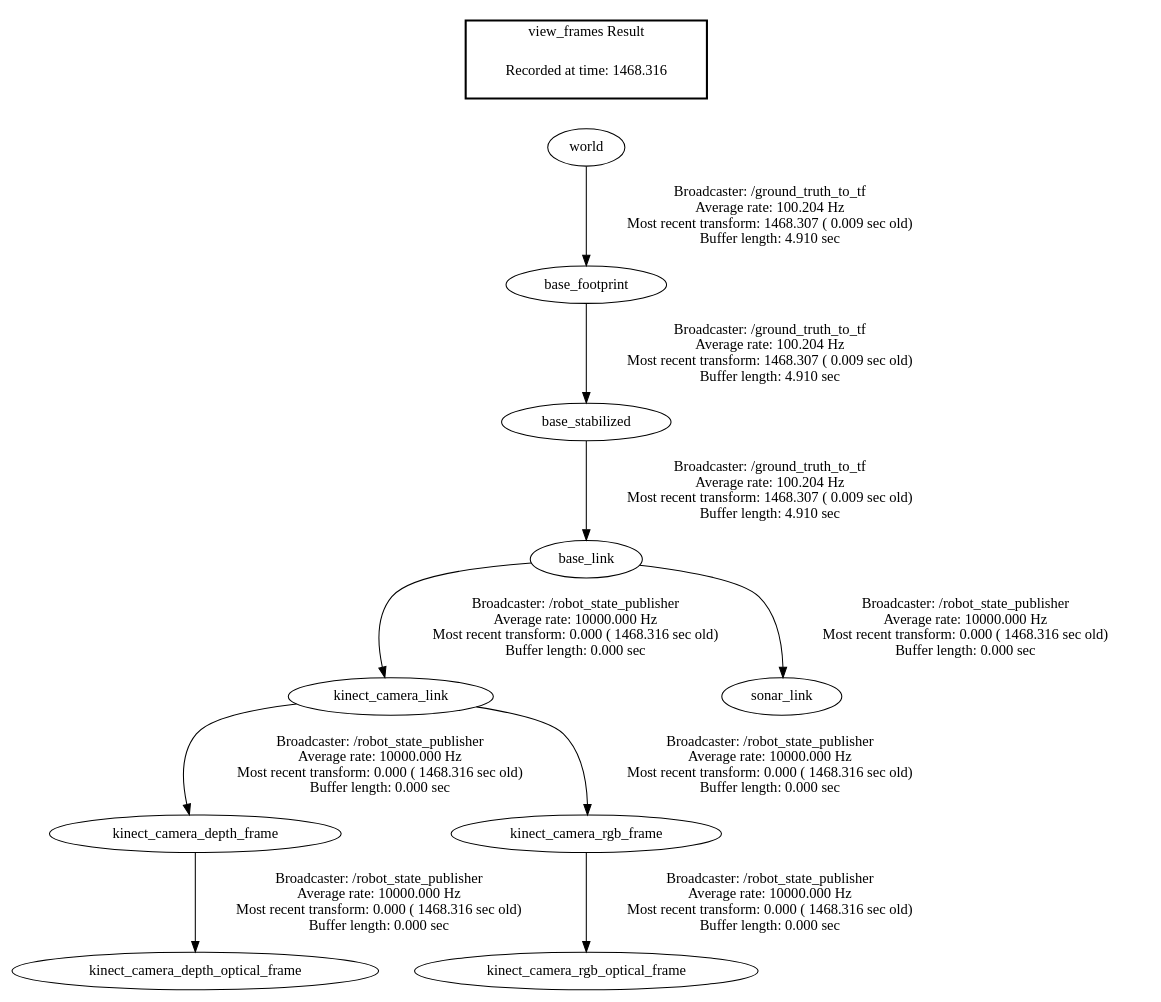
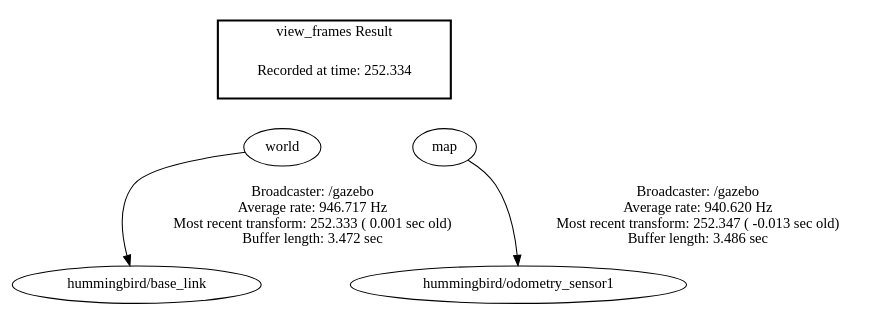
The diagram in navigation/navros_pkg/rviz/frames.gv (InsightofSPb/Flightmare-modifications), drawn with Graphviz before and after one commit. The commit also changed 10 other files, not shown here.

```diff
--- a/navigation/navros_pkg/rviz/frames.gv
+++ b/navigation/navros_pkg/rviz/frames.gv
@@ -1,15 +1,12 @@
 digraph G {
-"kinect_camera_link" -> "kinect_camera_depth_frame"[label="Broadcaster: /robot_state_publisher\nAverage rate: 10000.000 Hz\nMost recent transform: 0.000 ( 1468.316 sec old)\nBuffer length: 0.000 sec\n"];
-"base_link" -> "kinect_camera_link"[label="Broadcaster: /robot_state_publisher\nAverage rate: 10000.000 Hz\nMost recent transform: 0.000 ( 1468.316 sec old)\nBuffer length: 0.000 sec\n"];
-"kinect_camera_depth_frame" -> "kinect_camera_depth_optical_frame"[label="Broadcaster: /robot_state_publisher\nAverage rate: 10000.000 Hz\nMost recent transform: 0.000 ( 1468.316 sec old)\nBuffer length: 0.000 sec\n"];
-"base_stabilized" -> "base_link"[label="Broadcaster: /ground_truth_to_tf\nAverage rate: 100.204 Hz\nMost recent transform: 1468.307 ( 0.009 sec old)\nBuffer length: 4.910 sec\n"];
-"kinect_camera_link" -> "kinect_camera_rgb_frame"[label="Broadcaster: /robot_state_publisher\nAverage rate: 10000.000 Hz\nMost recent transform: 0.000 ( 1468.316 sec old)\nBuffer length: 0.000 sec\n"];
-"kinect_camera_rgb_frame" -> "kinect_camera_rgb_optical_frame"[label="Broadcaster: /robot_state_publisher\nAverage rate: 10000.000 Hz\nMost recent transform: 0.000 ( 1468.316 sec old)\nBuffer length: 0.000 sec\n"];
-"base_link" -> "sonar_link"[label="Broadcaster: /robot_state_publisher\nAverage rate: 10000.000 Hz\nMost recent transform: 0.000 ( 1468.316 sec old)\nBuffer length: 0.000 sec\n"];
-"world" -> "base_footprint"[label="Broadcaster: /ground_truth_to_tf\nAverage rate: 100.204 Hz\nMost recent transform: 1468.307 ( 0.009 sec old)\nBuffer length: 4.910 sec\n"];
-"base_footprint" -> "base_stabilized"[label="Broadcaster: /ground_truth_to_tf\nAverage rate: 100.204 Hz\nMost recent transform: 1468.307 ( 0.009 sec old)\nBuffer length: 4.910 sec\n"];
+"world" -> "hummingbird/base_link"[label="Broadcaster: /gazebo\nAverage rate: 946.717 Hz\nMost recent transform: 252.333 ( 0.001 sec old)\nBuffer length: 3.472 sec\n"];
+"map" -> "hummingbird/odometry_sensor1"[label="Broadcaster: /gazebo\nAverage rate: 940.620 Hz\nMost recent transform: 252.347 ( -0.013 sec old)\nBuffer length: 3.486 sec\n"];
 edge [style=invis];
  subgraph cluster_legend { style=bold; color=black; label ="view_frames Result";
-"Recorded at time: 1468.316"[ shape=plaintext ] ;
+"Recorded at time: 252.334"[ shape=plaintext ] ;
  }->"world";
+edge [style=invis];
+ subgraph cluster_legend { style=bold; color=black; label ="view_frames Result";
+"Recorded at time: 252.334"[ shape=plaintext ] ;
+ }->"map";
 }
```
